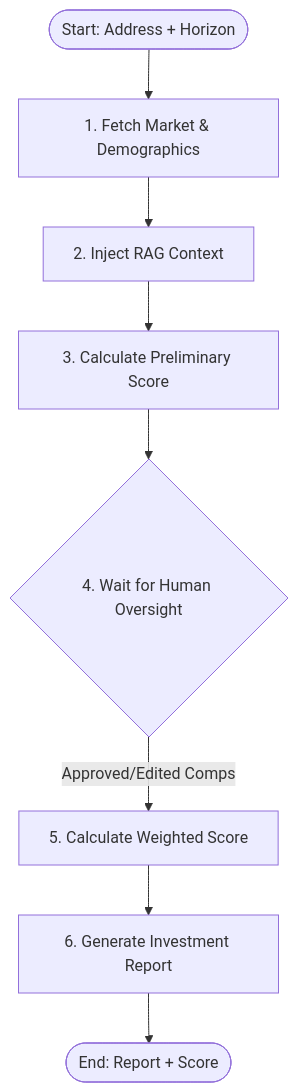
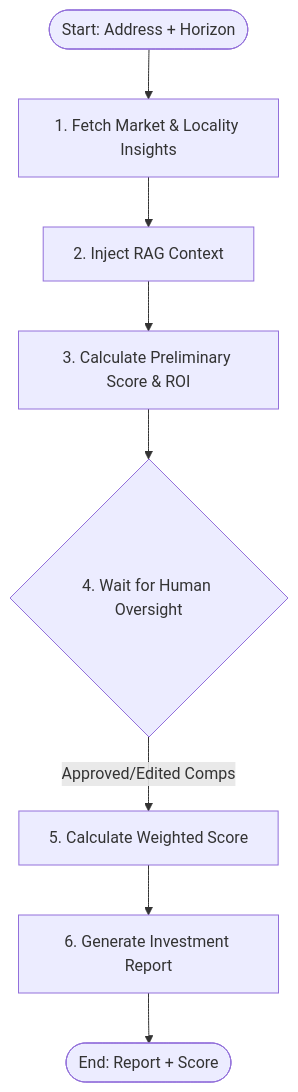
One commit to jassim-jasmin/deployfest_2026_turing_effect changed the diagram in init.md. Above: the diagram before and after it, drawn with Mermaid. The commit also changed other lines of this file, not shown here.

````diff
--- a/init.md
+++ b/init.md
@@ -69,10 +72,10 @@
 ```mermaid
 graph TD
-    Start([Start: Address + Horizon]) --> FetchData[1. Fetch Market & Demographics]
+    Start([Start: Address + Horizon]) --> FetchData[1. Fetch Market & Locality Insights]
     FetchData --> InjectRAG[2. Inject RAG Context]
-    InjectRAG --> PreCalc[3. Calculate Preliminary Score]
+    InjectRAG --> PreCalc[3. Calculate Preliminary Score & ROI]
     PreCalc --> HITL{4. Wait for Human Oversight}
     HITL -->|Approved/Edited Comps| CalculateFinal[5. Calculate Weighted Score]
     CalculateFinal --> GenerateReport[6. Generate Investment Report]
     GenerateReport --> End([End: Report + Score])
 ```
````
